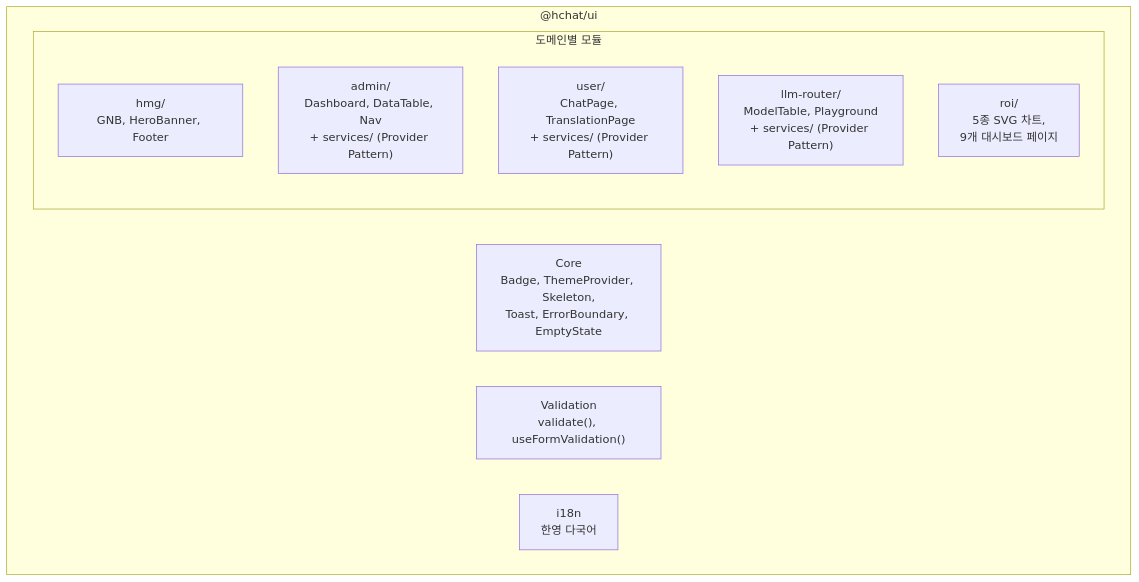
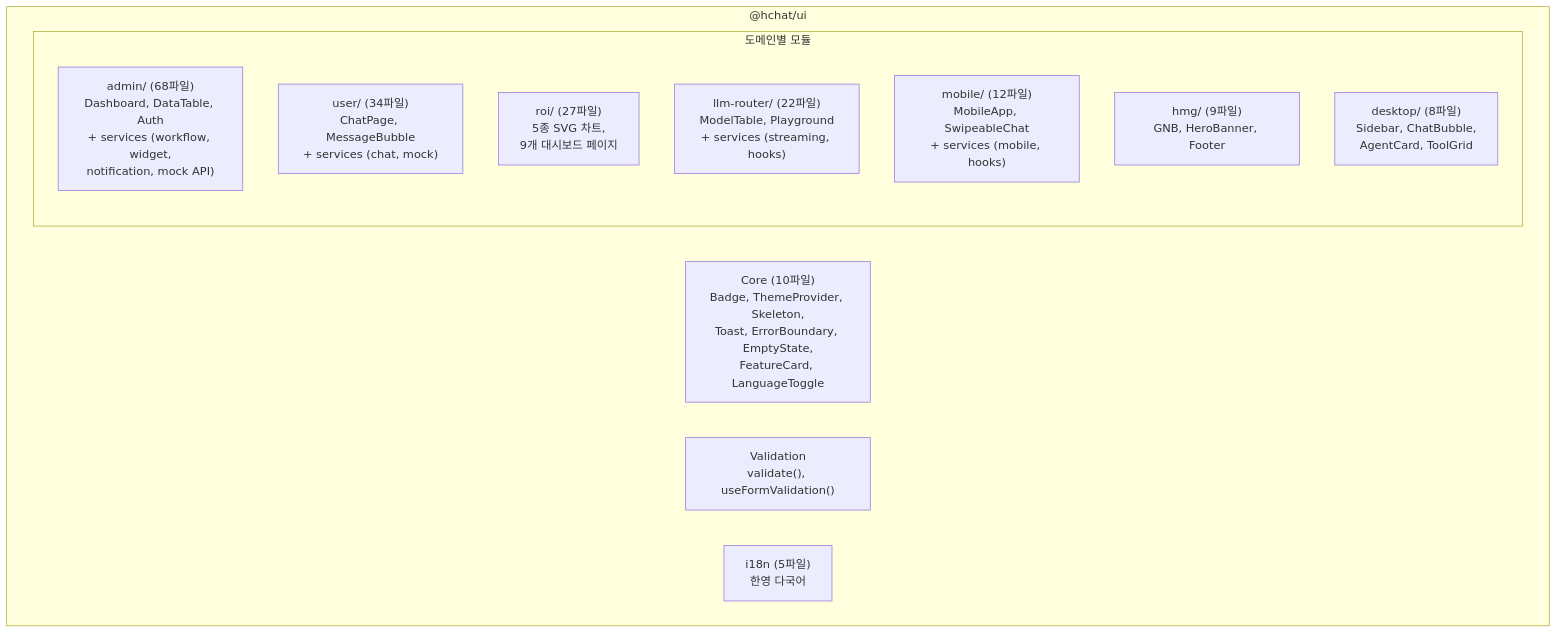
The third of 11 diagrams in docs/ARCHITECTURE.md (sgtlim0/sgtlim0.github.io), drawn with Mermaid before and after one commit. The commit also changed other lines of this file and 23 other files, not shown here.

````diff
--- a/docs/ARCHITECTURE.md
+++ b/docs/ARCHITECTURE.md
@@ -65,16 +75,18 @@
 ```mermaid
 graph TB
     subgraph "@hchat/ui"
-        CORE["Core<br/>Badge, ThemeProvider, Skeleton,<br/>Toast, ErrorBoundary, EmptyState"]
+        CORE["Core (10파일)<br/>Badge, ThemeProvider, Skeleton,<br/>Toast, ErrorBoundary, EmptyState,<br/>FeatureCard, LanguageToggle"]
         VAL["Validation<br/>validate(), useFormValidation()"]
-        I18N["i18n<br/>한영 다국어"]
+        I18N["i18n (5파일)<br/>한영 다국어"]
 
         subgraph "도메인별 모듈"
-            HMG_C["hmg/<br/>GNB, HeroBanner, Footer"]
-            ADMIN_C["admin/<br/>Dashboard, DataTable, Nav<br/>+ services/ (Provider Pattern)"]
-            USER_C["user/<br/>ChatPage, TranslationPage<br/>+ services/ (Provider Pattern)"]
-            LLM_C["llm-router/<br/>ModelTable, Playground<br/>+ services/ (Provider Pattern)"]
-            ROI_C["roi/<br/>5종 SVG 차트,<br/>9개 대시보드 페이지"]
+            ADMIN_C["admin/ (68파일)<br/>Dashboard, DataTable, Auth<br/>+ services (workflow, widget,<br/>notification, mock API)"]
+            USER_C["user/ (34파일)<br/>ChatPage, MessageBubble<br/>+ services (chat, mock)"]
+            ROI_C["roi/ (27파일)<br/>5종 SVG 차트,<br/>9개 대시보드 페이지"]
+            LLM_C["llm-router/ (22파일)<br/>ModelTable, Playground<br/>+ services (streaming, hooks)"]
+            MOBI_C["mobile/ (12파일)<br/>MobileApp, SwipeableChat<br/>+ services (mobile, hooks)"]
+            HMG_C["hmg/ (9파일)<br/>GNB, HeroBanner, Footer"]
+            DESK_C["desktop/ (8파일)<br/>Sidebar, ChatBubble,<br/>AgentCard, ToolGrid"]
         end
     end
 ```
````
